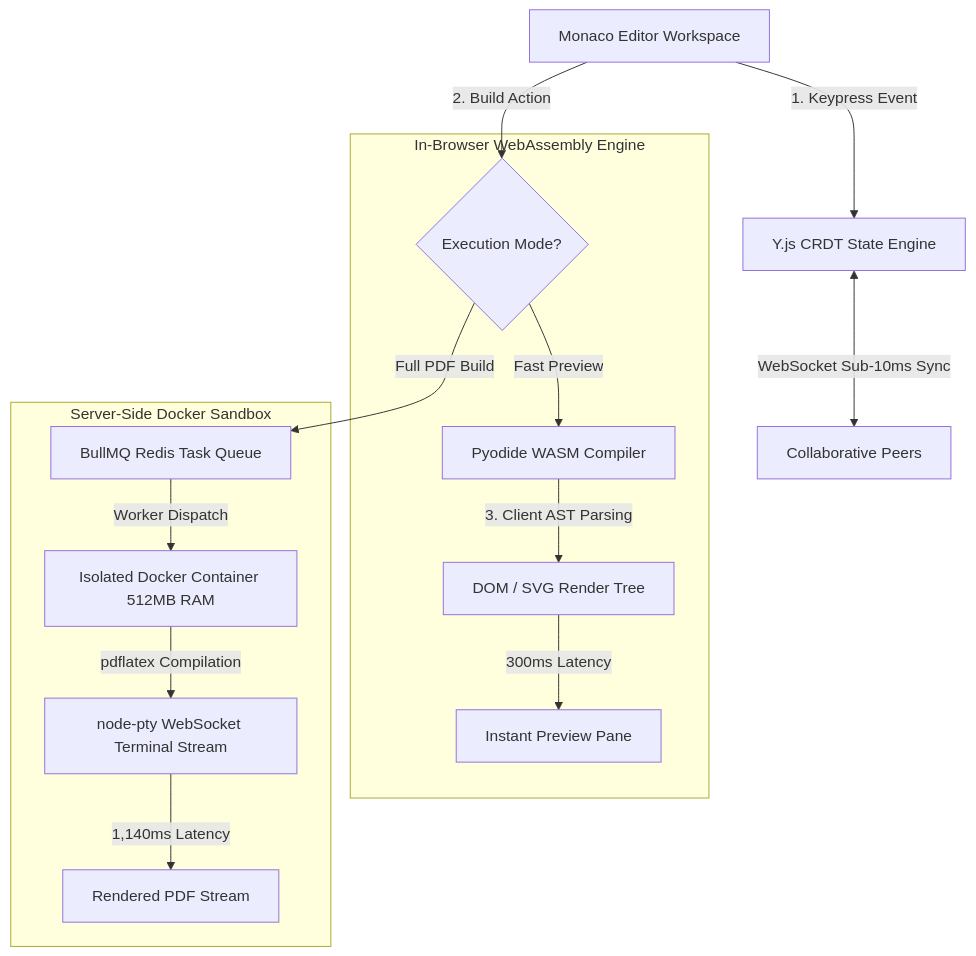
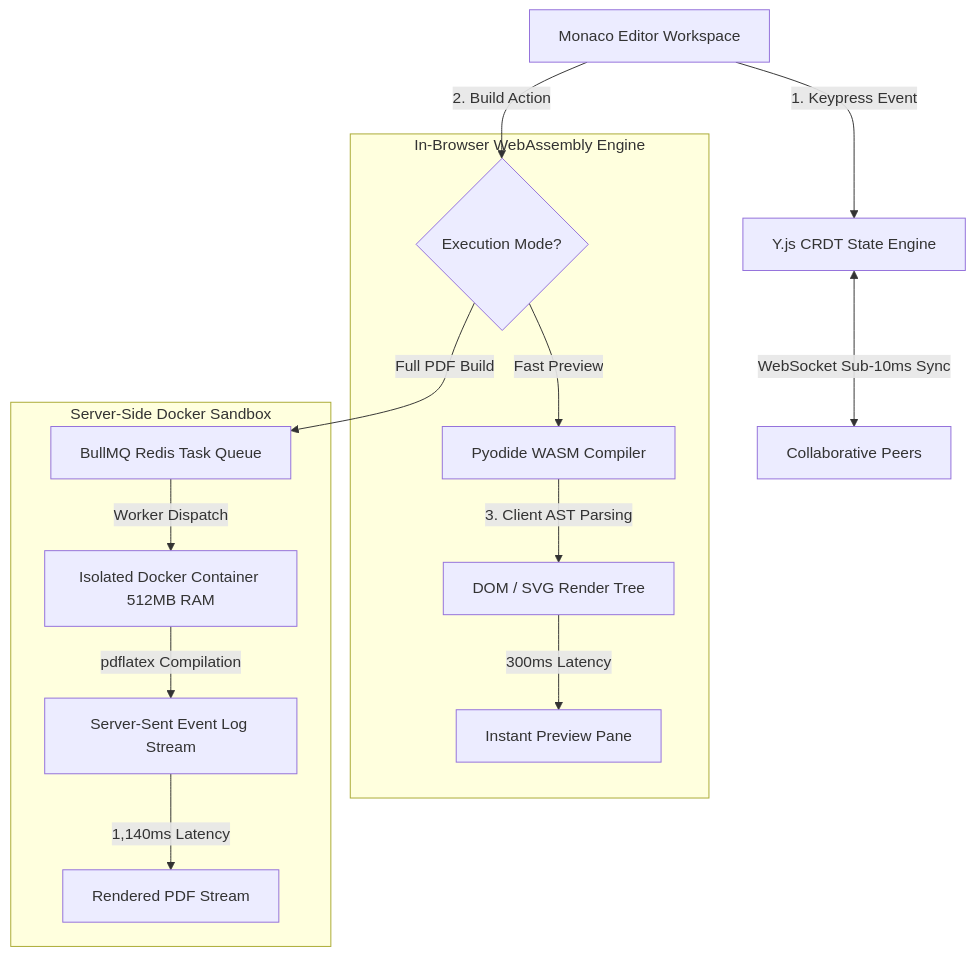
One commit to harsharajkumar-273/Proofdesk changed the diagram in README.md. Above: the diagram before and after it, drawn with Mermaid. The commit also changed other lines of this file and 3 other files, not shown here.

Commit message:
chore: remove orphaned node-pty remnants and reconcile the README (Closes #132)

````diff
--- a/README.md
+++ b/README.md
@@ -68,20 +68,20 @@
 ```mermaid
 flowchart TD
     User[Monaco Editor Workspace] -->|1. Keypress Event| CRDT[Y.js CRDT State Engine]
     CRDT <-->|WebSocket Sub-10ms Sync| Peers[Collaborative Peers]
 
     User -->|2. Build Action| Decision{Execution Mode?}
     
     subgraph ClientWASM [In-Browser WebAssembly Engine]
         Decision -->|Fast Preview| Pyodide[Pyodide WASM Compiler]
         Pyodide -->|3. Client AST Parsing| DOM[DOM / SVG Render Tree]
         DOM -->|300ms Latency| UI[Instant Preview Pane]
     end
     
     subgraph ServerSandbox [Server-Side Docker Sandbox]
         Decision -->|Full PDF Build| Queue[BullMQ Redis Task Queue]
         Queue -->|Worker Dispatch| Docker[Isolated Docker Container 512MB RAM]
-        Docker -->|pdflatex Compilation| PTY[node-pty WebSocket Terminal Stream]
-        PTY -->|1,140ms Latency| PDF[Rendered PDF Stream]
+        Docker -->|pdflatex Compilation| SSE[Server-Sent Event Log Stream]
+        SSE -->|1,140ms Latency| PDF[Rendered PDF Stream]
     end
 ```
````
